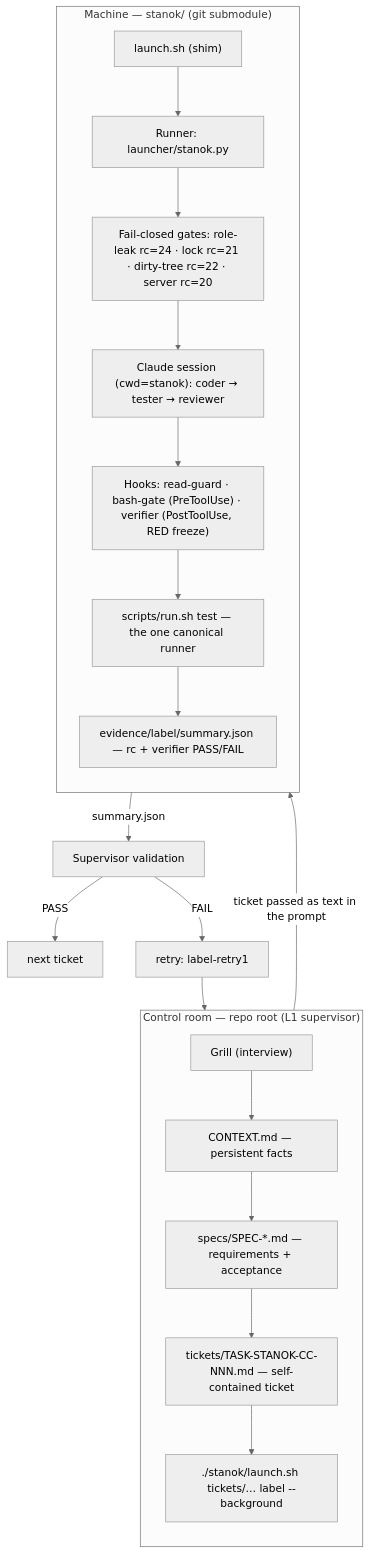
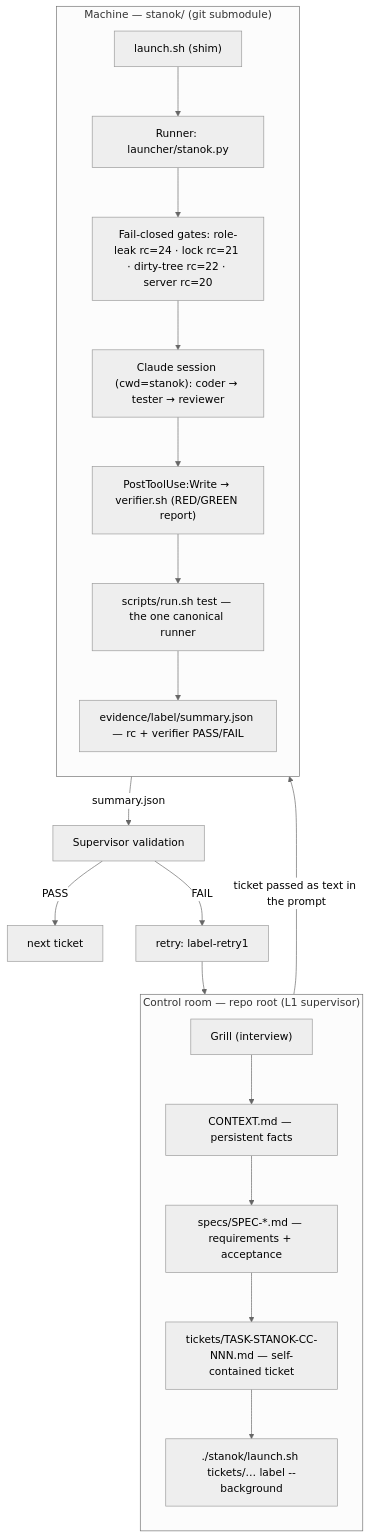
Before and after one commit to thisisspartan/deterministic-agent-sandbox: the diagram in README.md, drawn with Mermaid (neutral theme). The commit also changed other lines of this file and 1 other file, not shown here.

Commit message:
supervisor: NO-OP verdict branch C; README hooks diagram + doctor count corrected (9 ok, 4 stale fails)

````diff
--- a/README.md
+++ b/README.md
@@ -22,30 +22,30 @@
 ```mermaid
 flowchart TD
     subgraph ROOT["Control room — repo root (L1 supervisor)"]
         direction TB
         G["Grill (interview)"]
         C["CONTEXT.md — persistent facts"]
         S["specs/SPEC-*.md — requirements + acceptance"]
         T["tickets/TASK-STANOK-CC-NNN.md — self-contained ticket"]
         L["./stanok/launch.sh tickets/… label --background"]
         G --> C --> S --> T --> L
     end
 
     subgraph STANOK["Machine — stanok/ (git submodule)"]
         direction TB
         SH["launch.sh (shim)"]
         R["Runner: launcher/stanok.py"]
         GATE["Fail-closed gates: role-leak rc=24 · lock rc=21 · dirty-tree rc=22 · server rc=20"]
         SES["Claude session (cwd=stanok): coder → tester → reviewer"]
-        HOOKS["Hooks: read-guard · bash-gate (PreToolUse) · verifier (PostToolUse, RED freeze)"]
+        HOOKS["PostToolUse:Write → verifier.sh (RED/GREEN report)"]
         TEST["scripts/run.sh test — the one canonical runner"]
         EV["evidence/label/summary.json — rc + verifier PASS/FAIL"]
         SH --> R --> GATE --> SES --> HOOKS --> TEST --> EV
     end
 
     L -->|ticket passed as text in the prompt| SH
     EV -->|summary.json| V["Supervisor validation"]
     V -->|PASS| NEXT["next ticket"]
     V -->|FAIL| RETRY["retry: label-retry1"]
     RETRY --> L
 ```
````
